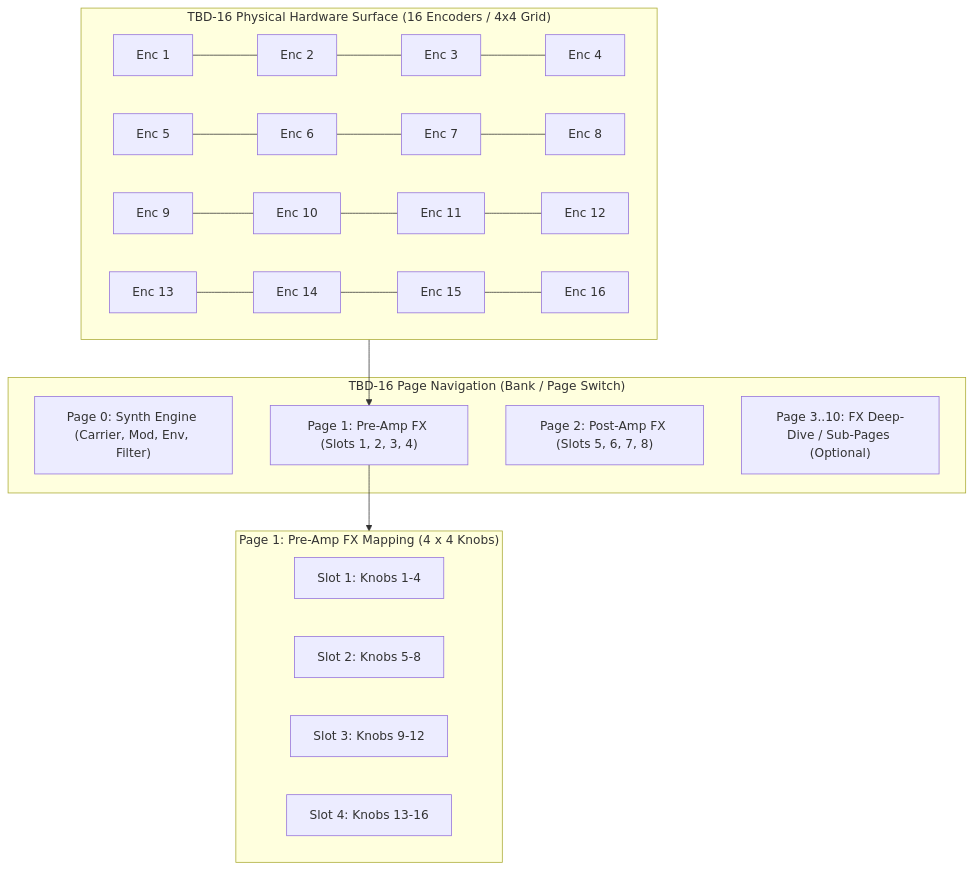
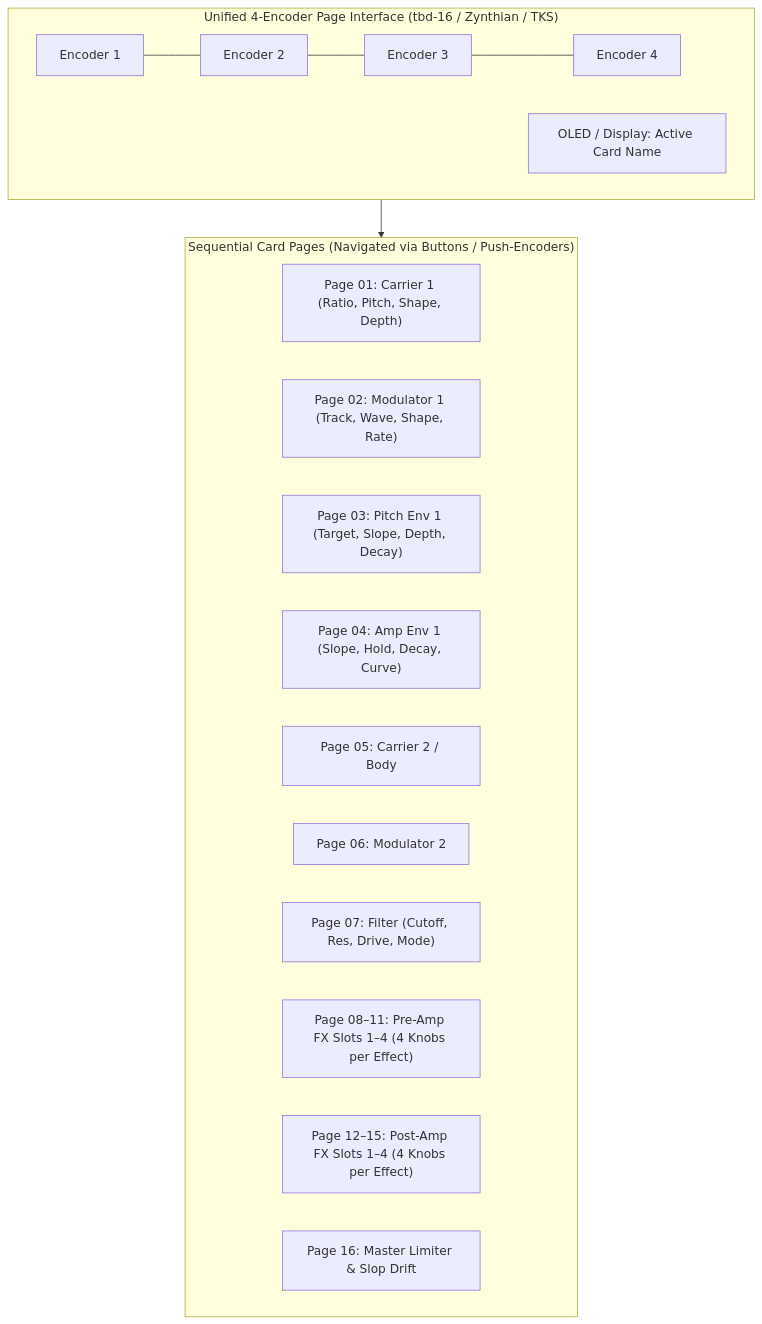
Before and after one commit to codygratner/TheKlangFarmer: the diagram in docs/tbd16_klang_seed_effects_plan.md, drawn with Mermaid. The commit also changed other lines of this file and 1 other file, not shown here.

Commit message:
docs: Fact-check and update hardware architectures for dadamachines tbd-16, Daisy Seed, Teensy 4.1, and Zynthian

````diff
--- a/docs/tbd16_klang_seed_effects_plan.md
+++ b/docs/tbd16_klang_seed_effects_plan.md
@@ -28,25 +45,22 @@
 ```mermaid
 flowchart TD
-    subgraph TBD16["TBD-16 Physical Hardware Surface (16 Encoders / 4x4 Grid)"]
-        K01["Enc 1"] --- K02["Enc 2"] --- K03["Enc 3"] --- K04["Enc 4"]
-        K05["Enc 5"] --- K06["Enc 6"] --- K07["Enc 7"] --- K08["Enc 8"]
-        K09["Enc 9"] --- K10["Enc 10"] --- K11["Enc 11"] --- K12["Enc 12"]
-        K13["Enc 13"] --- K14["Enc 14"] --- K15["Enc 15"] --- K16["Enc 16"]
+    subgraph UI["Unified 4-Encoder Page Interface (tbd-16 / Zynthian / TKS)"]
+        E1["Encoder 1"] --- E2["Encoder 2"] --- E3["Encoder 3"] --- E4["Encoder 4"]
+        SCREEN["OLED / Display: Active Card Name"]
     end
 
-    subgraph Pages["TBD-16 Page Navigation (Bank / Page Switch)"]
-        P_SYNTH["Page 0: Synth Engine (Carrier, Mod, Env, Filter)"]
-        P_PRE["Page 1: Pre-Amp FX (Slots 1, 2, 3, 4)"]
-        P_POST["Page 2: Post-Amp FX (Slots 5, 6, 7, 8)"]
-        P_DETAIL["Page 3..10: FX Deep-Dive / Sub-Pages (Optional)"]
+    subgraph Pages["Sequential Card Pages (Navigated via Buttons / Push-Encoders)"]
+        P01["Page 01: Carrier 1 (Ratio, Pitch, Shape, Depth)"]
+        P02["Page 02: Modulator 1 (Track, Wave, Shape, Rate)"]
+        P03["Page 03: Pitch Env 1 (Target, Slope, Depth, Decay)"]
+        P04["Page 04: Amp Env 1 (Slope, Hold, Decay, Curve)"]
+        P05["Page 05: Carrier 2 / Body"]
+        P06["Page 06: Modulator 2"]
+        P07["Page 07: Filter (Cutoff, Res, Drive, Mode)"]
+        P08["Page 08–11: Pre-Amp FX Slots 1–4 (4 Knobs per Effect)"]
+        P12["Page 12–15: Post-Amp FX Slots 1–4 (4 Knobs per Effect)"]
+        P16["Page 16: Master Limiter & Slop Drift"]
     end
 
-    subgraph PreMapping["Page 1: Pre-Amp FX Mapping (4 x 4 Knobs)"]
-        FX1["Slot 1: Knobs 1-4"]
-        FX2["Slot 2: Knobs 5-8"]
-        FX3["Slot 3: Knobs 9-12"]
-        FX4["Slot 4: Knobs 13-16"]
-    end
-
-    TBD16 --> P_PRE --> PreMapping
+    UI --> Pages
 ```
````
